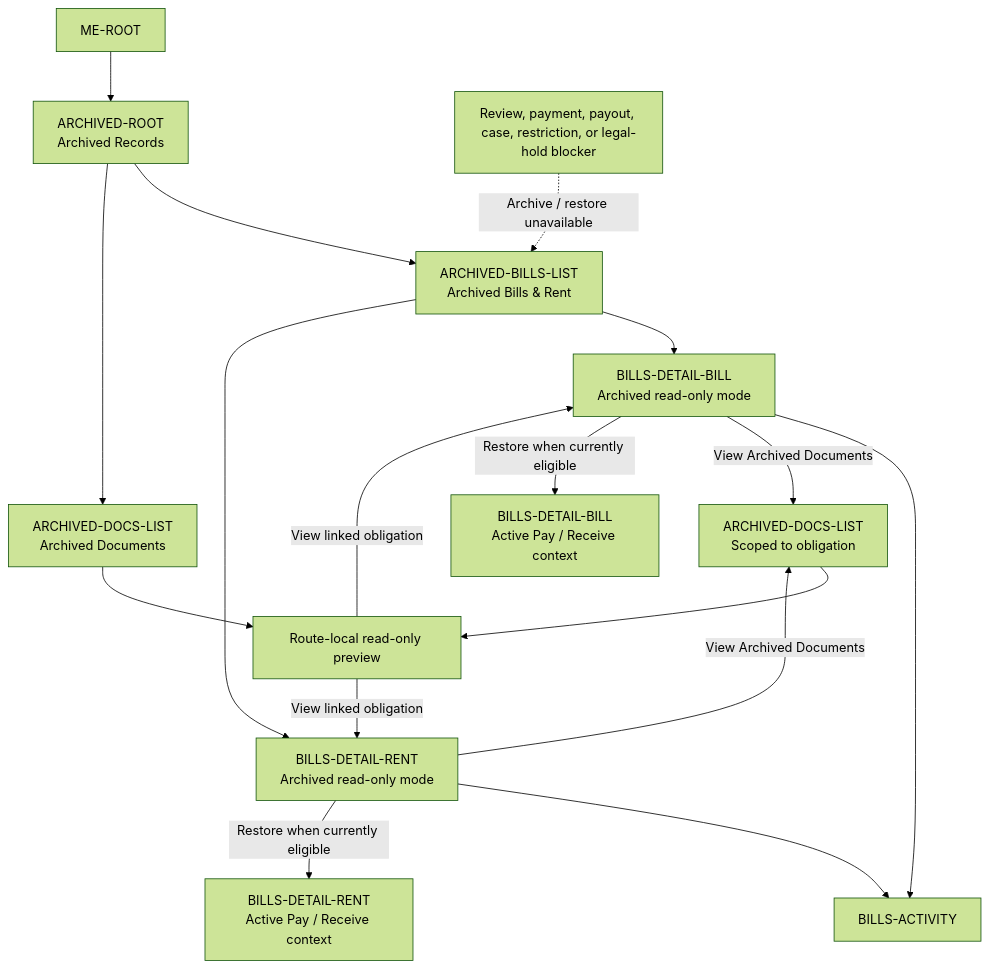
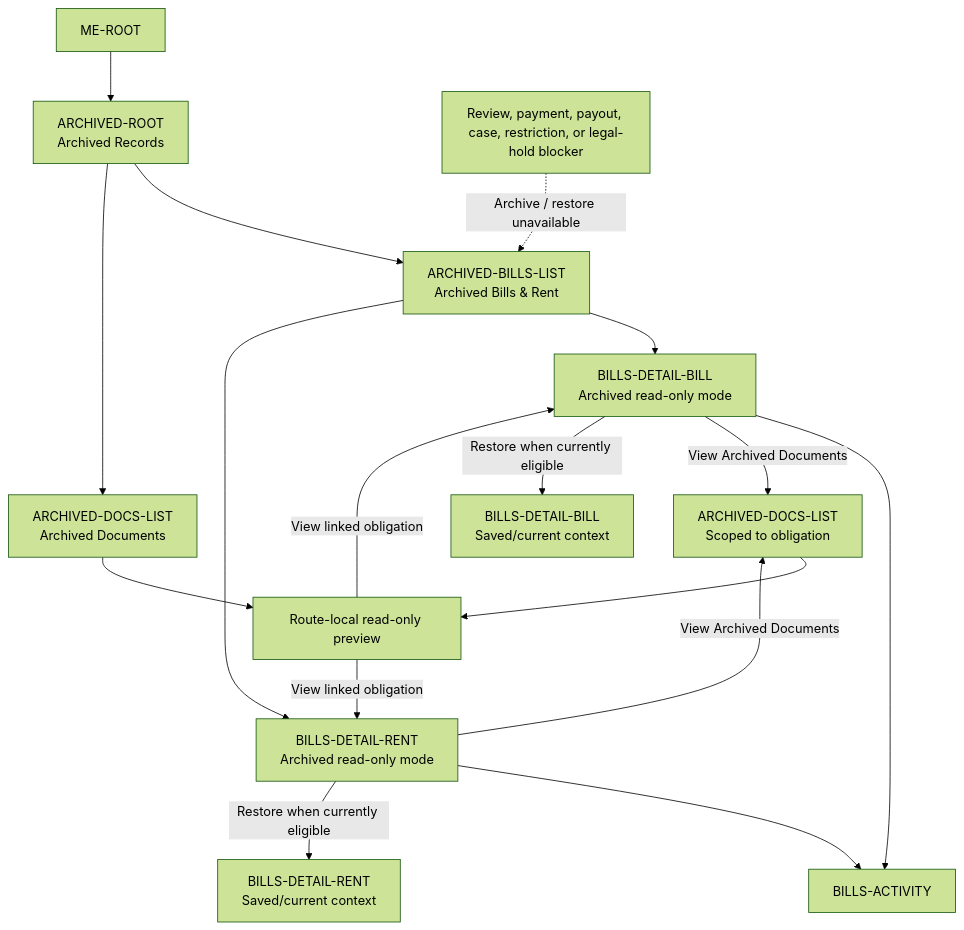
One commit to adminpayplus/payplus-docs changed the diagram in docs/diagrams/routes/payplus-archive-route-map.md. Above: the diagram before and after it, drawn with Mermaid (forest theme). The commit also changed other lines of this file and 32 other files, not shown here.

````diff
--- a/docs/diagrams/routes/payplus-archive-route-map.md
+++ b/docs/diagrams/routes/payplus-archive-route-map.md
@@ -9,24 +9,24 @@
 ```mermaid
 flowchart TD
   ME["ME-ROOT"] --> ROOT["ARCHIVED-ROOT<br/>Archived Records"]
   ROOT --> BILLS["ARCHIVED-BILLS-LIST<br/>Archived Bills & Rent"]
   ROOT --> DOCS["ARCHIVED-DOCS-LIST<br/>Archived Documents"]
 
   BILLS --> BILLDETAIL["BILLS-DETAIL-BILL<br/>Archived read-only mode"]
   BILLS --> RENTDETAIL["BILLS-DETAIL-RENT<br/>Archived read-only mode"]
 
   BILLDETAIL --> ACTIVITY["BILLS-ACTIVITY"]
   RENTDETAIL --> ACTIVITY
   BILLDETAIL -->|"View Archived Documents"| SCOPEDDOCS["ARCHIVED-DOCS-LIST<br/>Scoped to obligation"]
   RENTDETAIL -->|"View Archived Documents"| SCOPEDDOCS
 
-  BILLDETAIL -->|"Restore when currently eligible"| ACTIVEBILL["BILLS-DETAIL-BILL<br/>Active Pay / Receive context"]
-  RENTDETAIL -->|"Restore when currently eligible"| ACTIVERENT["BILLS-DETAIL-RENT<br/>Active Pay / Receive context"]
+  BILLDETAIL -->|"Restore when currently eligible"| ACTIVEBILL["BILLS-DETAIL-BILL<br/>Saved/current context"]
+  RENTDETAIL -->|"Restore when currently eligible"| ACTIVERENT["BILLS-DETAIL-RENT<br/>Saved/current context"]
 
   DOCS --> PREVIEW["Route-local read-only preview"]
   SCOPEDDOCS --> PREVIEW
   PREVIEW -->|"View linked obligation"| BILLDETAIL
   PREVIEW -->|"View linked obligation"| RENTDETAIL
 
   BLOCKED["Review, payment, payout, case, restriction, or legal-hold blocker"] -. "Archive / restore unavailable" .-> BILLS
 ```
````
